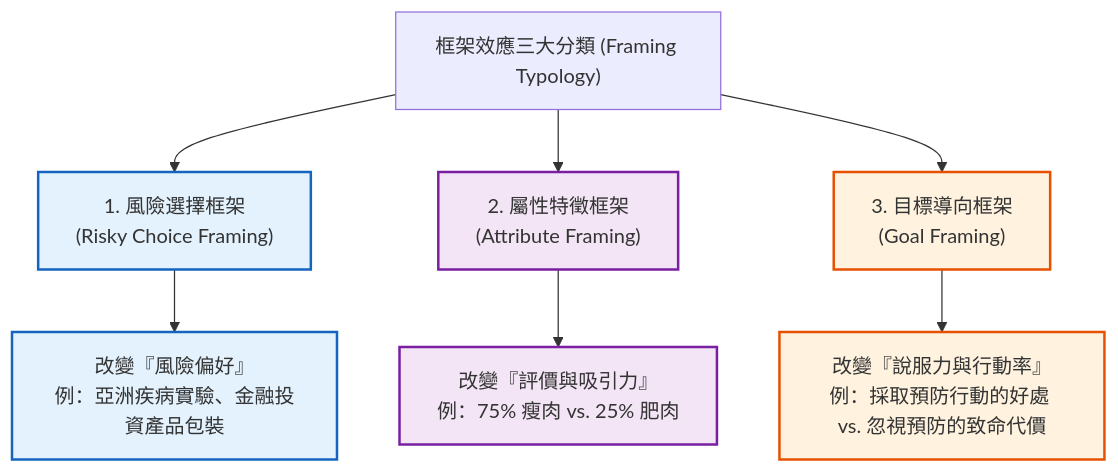
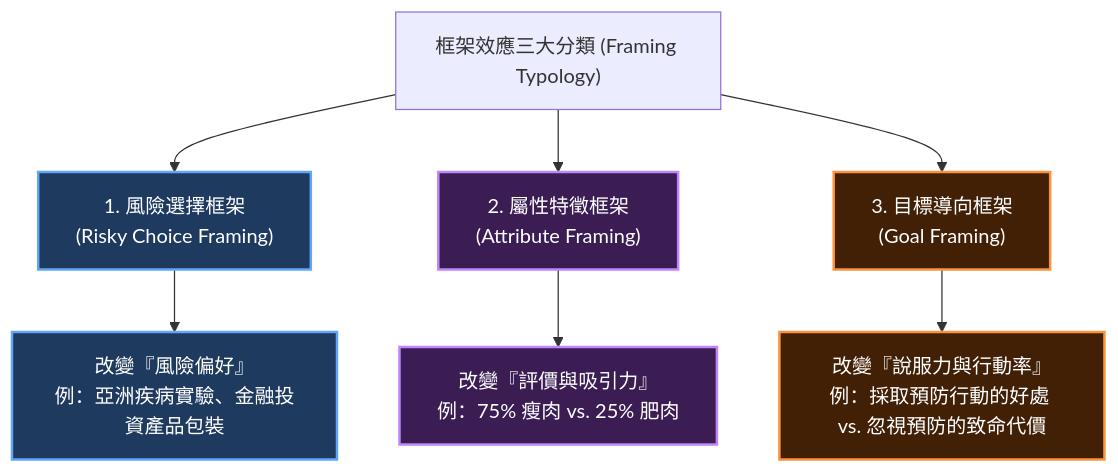
The second of 3 diagrams in src/site/notes/98_商業概念庫/framing-effect_框架效應.md (Jimlin0428/my-digital-garden), drawn with Mermaid before and after one commit. The commit also changed other lines of this file and 6 other files, not shown here.

````diff
--- a/src/site/notes/98_商業概念庫/framing-effect_框架效應.md
+++ b/src/site/notes/98_商業概念庫/framing-effect_框架效應.md
@@ -109,16 +109,16 @@
 ```mermaid
 flowchart TD
-    classDef t1 fill:#e3f2fd,stroke:#1565c0,stroke-width:2px;
-    classDef t2 fill:#f3e5f5,stroke:#7b1fa2,stroke-width:2px;
-    classDef t3 fill:#fff3e0,stroke:#e65100,stroke-width:2px;
+    classDef t1 fill:#1e3a5f,stroke:#60a5fa,stroke-width:2px,color:#ffffff;
+    classDef t2 fill:#3b1d54,stroke:#c084fc,stroke-width:2px,color:#ffffff;
+    classDef t3 fill:#422006,stroke:#fb923c,stroke-width:2px,color:#ffffff;
 
     Root["框架效應三大分類 (Framing Typology)"]
     
     Root --> C1["1. 風險選擇框架<br/>(Risky Choice Framing)"]:::t1
     Root --> C2["2. 屬性特徵框架<br/>(Attribute Framing)"]:::t2
     Root --> C3["3. 目標導向框架<br/>(Goal Framing)"]:::t3
 
     C1 --> E1["改變『風險偏好』<br/>例：亞洲疾病實驗、金融投資產品包裝"]:::t1
     C2 --> E2["改變『評價與吸引力』<br/>例：75% 瘦肉 vs. 25% 肥肉"]:::t2
     C3 --> E3["改變『說服力與行動率』<br/>例：採取預防行動的好處 vs. 忽視預防的致命代價"]:::t3
 ```
````
